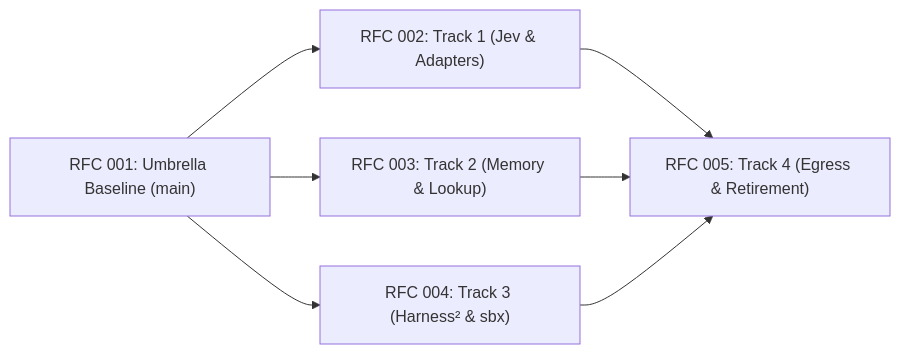
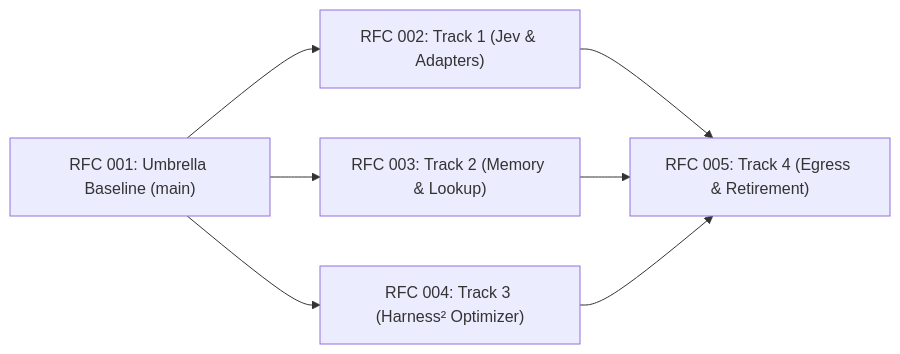
One commit to rockad/cognitive-engine changed the second of 2 diagrams in docs/rfc/001-harness2-jev-unified-cognitive-substrate.md. Above: the diagram before and after it, drawn with Mermaid. The commit also changed other lines of this file and 5 other files, not shown here.

First line of the commit message:
docs(rfc): add multi-track implementation plan and child RFCs (002-005)

````diff
--- a/docs/rfc/001-harness2-jev-unified-cognitive-substrate.md
+++ b/docs/rfc/001-harness2-jev-unified-cognitive-substrate.md
@@ -260,7 +262,7 @@
 ```mermaid
 flowchart LR
     RFC001["RFC 001: Umbrella Baseline (main)"] --> Track1["RFC 002: Track 1 (Jev & Adapters)"]
     RFC001 --> Track2["RFC 003: Track 2 (Memory & Lookup)"]
-    RFC001 --> Track3["RFC 004: Track 3 (Harness² & sbx)"]
+    RFC001 --> Track3["RFC 004: Track 3 (Harness² Optimizer)"]
     Track1 & Track2 & Track3 --> Track4["RFC 005: Track 4 (Egress & Retirement)"]
 ```
````
